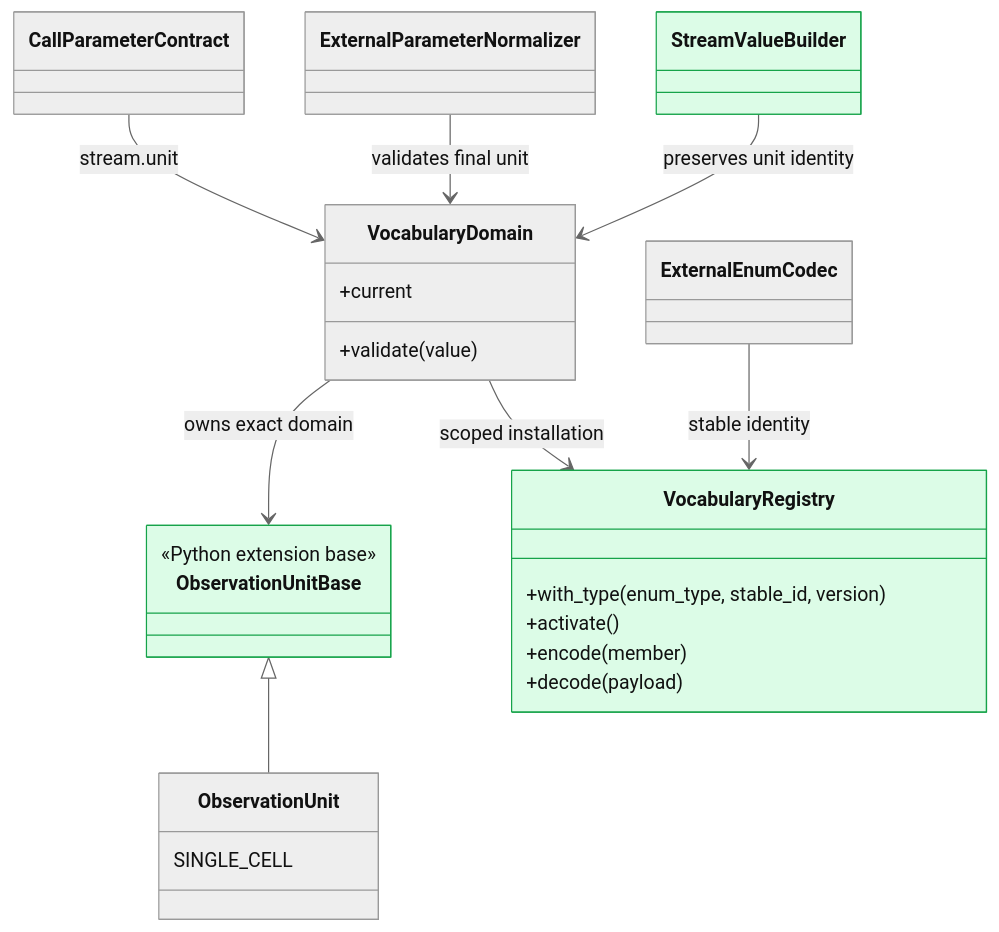
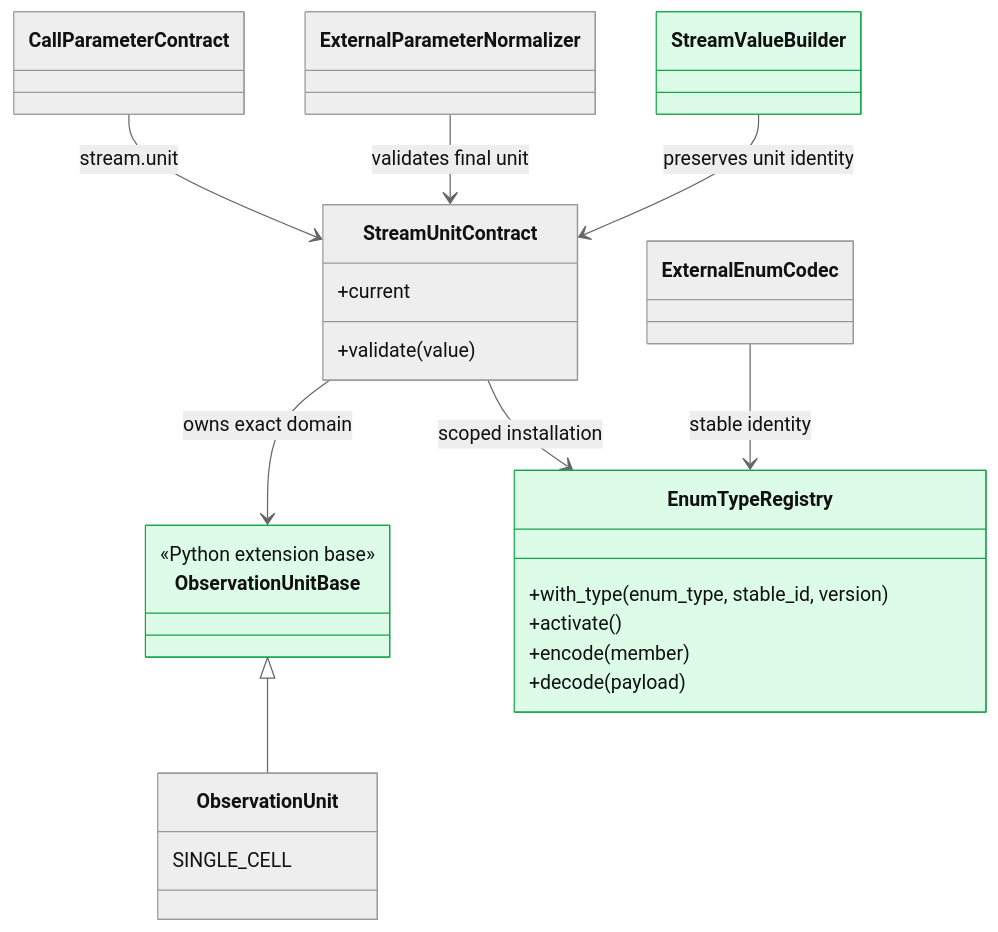
Before and after one commit to culsma/culsma: diagram 13 of 17 in docs/architecture/pipeline/validate_module_diagrams.md, drawn with Mermaid (neutral theme). The commit also changed other lines of this file and 55 other files, not shown here.

````diff
--- a/docs/architecture/pipeline/validate_module_diagrams.md
+++ b/docs/architecture/pipeline/validate_module_diagrams.md
@@ -714,29 +715,29 @@
 ```mermaid
 classDiagram
     class ObservationUnitBase {
         <<Python extension base>>
     }
     class ObservationUnit {
         SINGLE_CELL
     }
     ObservationUnitBase <|-- ObservationUnit
-    class VocabularyDomain {
+    class StreamUnitContract {
         +current
         +validate(value)
     }
-    class VocabularyRegistry {
+    class EnumTypeRegistry {
         +with_type(enum_type, stable_id, version)
         +activate()
         +encode(member)
         +decode(payload)
     }
-    VocabularyDomain --> ObservationUnitBase : owns exact domain
-    VocabularyDomain --> VocabularyRegistry : scoped installation
-    CallParameterContract --> VocabularyDomain : stream.unit
-    ExternalEnumCodec --> VocabularyRegistry : stable identity
-    ExternalParameterNormalizer --> VocabularyDomain : validates final unit
-    StreamValueBuilder --> VocabularyDomain : preserves unit identity
+    StreamUnitContract --> ObservationUnitBase : owns exact domain
+    StreamUnitContract --> EnumTypeRegistry : scoped installation
+    CallParameterContract --> StreamUnitContract : stream.unit
+    ExternalEnumCodec --> EnumTypeRegistry : stable identity
+    ExternalParameterNormalizer --> StreamUnitContract : validates final unit
+    StreamValueBuilder --> StreamUnitContract : preserves unit identity
     style ObservationUnitBase fill:#dcfce7,stroke:#16a34a
-    style VocabularyRegistry fill:#dcfce7,stroke:#16a34a
+    style EnumTypeRegistry fill:#dcfce7,stroke:#16a34a
     style StreamValueBuilder fill:#dcfce7,stroke:#16a34a
 ```
````
